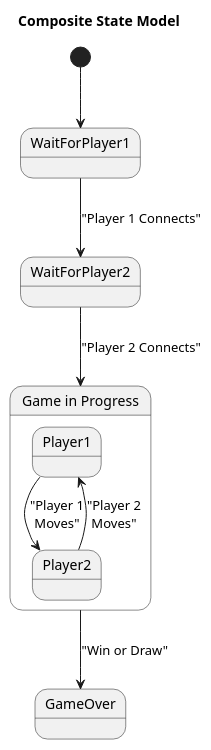
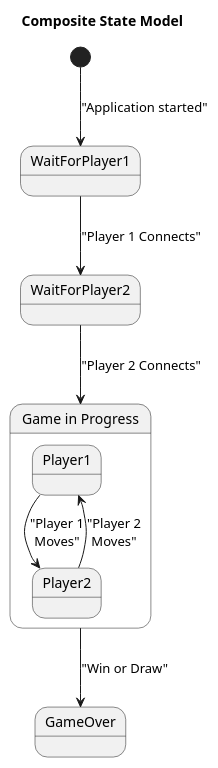
One commit to TomSpencerLondon/TicTacToe4 changed the diagram in diagrams/state-diagram.puml. Above: the diagram before and after it, drawn with PlantUML. The commit also changed 2 other files, not shown here.

```diff
--- a/diagrams/state-diagram.puml
+++ b/diagrams/state-diagram.puml
@@ -1,17 +1,17 @@
 @startuml
 
 title Composite State Model
-[*] --> WaitForPlayer1
+[*] --> WaitForPlayer1 : "Application started"
 WaitForPlayer1 --> WaitForPlayer2 : "Player 1 Connects"
 WaitForPlayer2 --> GameInProgress : "Player 2 Connects"
 
 state "Game in Progress" as GameInProgress {
   state Player1
   state Player2
   Player1 --> Player2: "Player 1\nMoves"
   Player2 --> Player1: "Player 2\nMoves"
 }
 
 GameInProgress --> GameOver : "Win or Draw"
 
 @enduml
```
